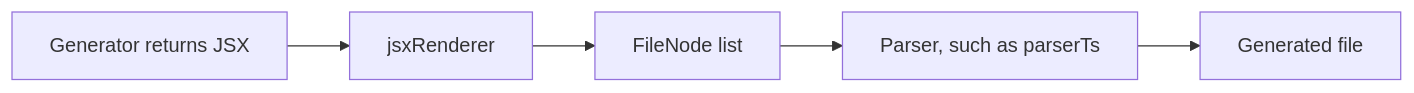
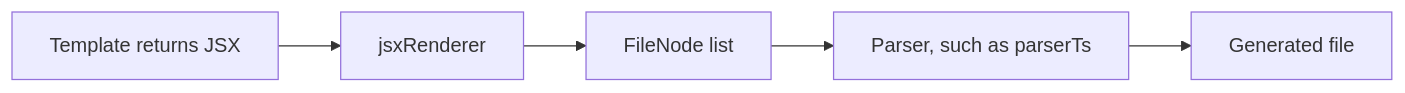
One commit to kubb-labs/kubb changed the diagram in docs/5.x/reference/jsx.md. Above: the diagram before and after it, drawn with Mermaid. The commit also changed other lines of this file and 19 other files, not shown here.

````diff
--- a/docs/5.x/reference/jsx.md
+++ b/docs/5.x/reference/jsx.md
@@ -22,7 +22,7 @@
 ```mermaid
 flowchart LR
-  gen[Generator returns JSX] --> renderer[jsxRenderer]:::core
+  gen[Template returns JSX] --> renderer[jsxRenderer]:::core
   renderer --> nodes[FileNode list]
   nodes --> parser[Parser, such as parserTs]
   parser --> out[Generated file]
 ```
````
